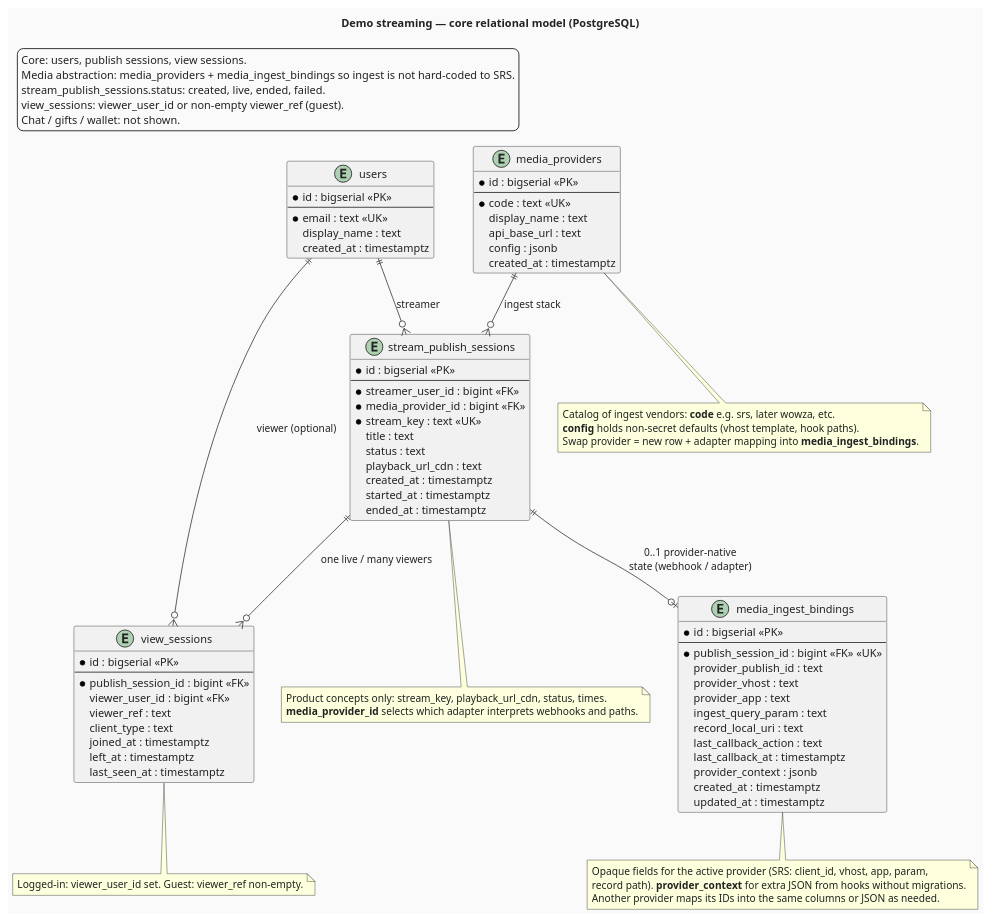
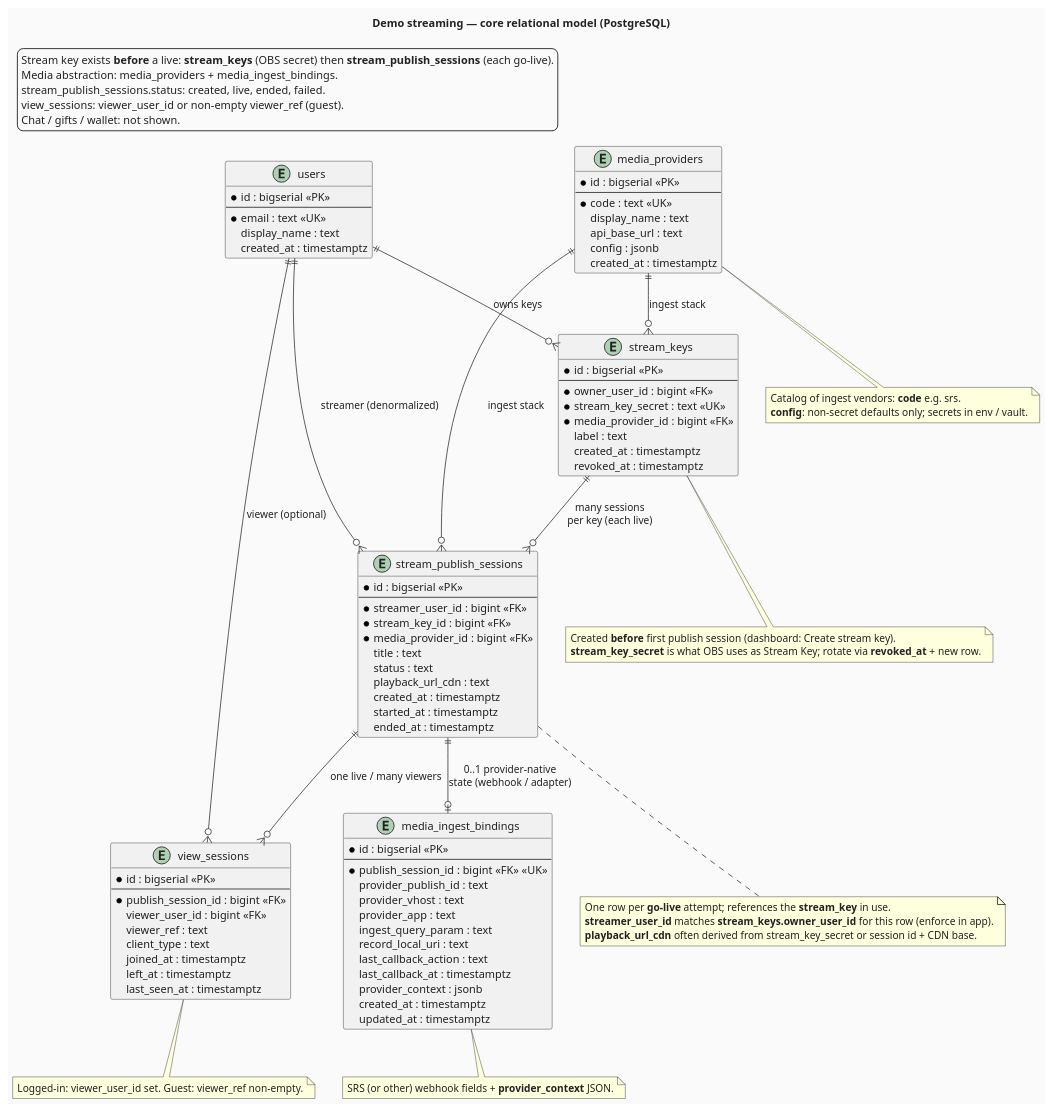
Before and after one commit to phantien133/demo-streaming: the diagram in documents/database-design.puml, drawn with PlantUML. The commit also changed 6 other files, not shown here.

```diff
--- a/documents/database-design.puml
+++ b/documents/database-design.puml
@@ -1,106 +1,123 @@
 @startuml database-design-demo-streaming
 title Demo streaming — core relational model (PostgreSQL)
 
 skinparam handwritten false
 skinparam backgroundColor #fafafa
 skinparam defaultFontColor #222222
 skinparam entityBackgroundColor #ffffff
 skinparam entityBorderColor #444444
 skinparam arrowColor #333333
 
 legend top left
-  Core: users, publish sessions, view sessions.
-  Media abstraction: media_providers + media_ingest_bindings so ingest is not hard-coded to SRS.
+  Stream key exists **before** a live: **stream_keys** (OBS secret) then **stream_publish_sessions** (each go-live).
+  Media abstraction: media_providers + media_ingest_bindings.
   stream_publish_sessions.status: created, live, ended, failed.
   view_sessions: viewer_user_id or non-empty viewer_ref (guest).
   Chat / gifts / wallet: not shown.
 end legend
 
 entity "users" as u {
   * id : bigserial <<PK>>
   --
   * email : text <<UK>>
   display_name : text
   created_at : timestamptz
 }
 
 entity "media_providers" as mp {
   * id : bigserial <<PK>>
   --
   * code : text <<UK>>
   display_name : text
   api_base_url : text
   config : jsonb
   created_at : timestamptz
 }
 
+entity "stream_keys" as sk {
+  * id : bigserial <<PK>>
+  --
+  * owner_user_id : bigint <<FK>>
+  * stream_key_secret : text <<UK>>
+  * media_provider_id : bigint <<FK>>
+  label : text
+  created_at : timestamptz
+  revoked_at : timestamptz
+}
+
 entity "stream_publish_sessions" as pub {
   * id : bigserial <<PK>>
   --
   * streamer_user_id : bigint <<FK>>
+  * stream_key_id : bigint <<FK>>
   * media_provider_id : bigint <<FK>>
-  * stream_key : text <<UK>>
   title : text
   status : text
   playback_url_cdn : text
   created_at : timestamptz
   started_at : timestamptz
   ended_at : timestamptz
 }
 
 entity "media_ingest_bindings" as mib {
   * id : bigserial <<PK>>
   --
   * publish_session_id : bigint <<FK>> <<UK>>
   provider_publish_id : text
   provider_vhost : text
   provider_app : text
   ingest_query_param : text
   record_local_uri : text
   last_callback_action : text
   last_callback_at : timestamptz
   provider_context : jsonb
   created_at : timestamptz
   updated_at : timestamptz
 }
 
 entity "view_sessions" as view {
   * id : bigserial <<PK>>
   --
   * publish_session_id : bigint <<FK>>
   viewer_user_id : bigint <<FK>>
   viewer_ref : text
   client_type : text
   joined_at : timestamptz
   left_at : timestamptz
   last_seen_at : timestamptz
 }
 
-u ||--o{ pub : "streamer"
+u ||--o{ sk : "owns keys"
+mp ||--o{ sk : "ingest stack"
+sk ||--o{ pub : "many sessions\nper key (each live)"
+u ||--o{ pub : "streamer (denormalized)"
 mp ||--o{ pub : "ingest stack"
 pub ||--o| mib : "0..1 provider-native\nstate (webhook / adapter)"
 u ||--o{ view : "viewer (optional)"
 pub ||--o{ view : "one live / many viewers"
 
-note bottom of mp
-  Catalog of ingest vendors: **code** e.g. srs, later wowza, etc.
-  **config** holds non-secret defaults (vhost template, hook paths).
-  Swap provider = new row + adapter mapping into **media_ingest_bindings**.
+note bottom of sk
+  Created **before** first publish session (dashboard: Create stream key).
+  **stream_key_secret** is what OBS uses as Stream Key; rotate via **revoked_at** + new row.
 end note
 
 note bottom of pub
-  Product concepts only: stream_key, playback_url_cdn, status, times.
-  **media_provider_id** selects which adapter interprets webhooks and paths.
+  One row per **go-live** attempt; references the **stream_key** in use.
+  **streamer_user_id** matches **stream_keys.owner_user_id** for this row (enforce in app).
+  **playback_url_cdn** often derived from stream_key_secret or session id + CDN base.
+end note
+
+note bottom of mp
+  Catalog of ingest vendors: **code** e.g. srs.
+  **config**: non-secret defaults only; secrets in env / vault.
 end note
 
 note bottom of mib
-  Opaque fields for the active provider (SRS: client_id, vhost, app, param,
-  record path). **provider_context** for extra JSON from hooks without migrations.
-  Another provider maps its IDs into the same columns or JSON as needed.
+  SRS (or other) webhook fields + **provider_context** JSON.
 end note
 
 note bottom of view
   Logged-in: viewer_user_id set. Guest: viewer_ref non-empty.
 end note
 
 @enduml
```
